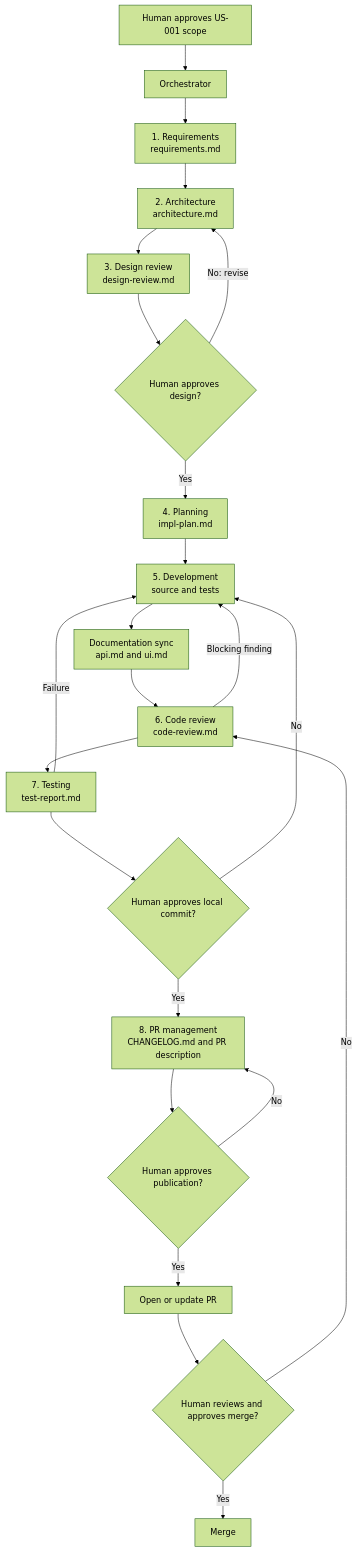
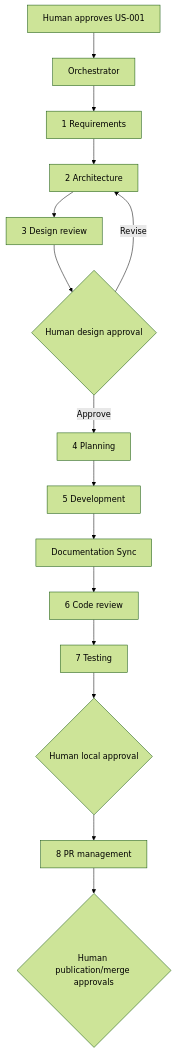
One commit to deepakkumar-r/daily-expense-tracker-automatic-doc-sync changed the second of 2 diagrams in docs/architecture.md. Above: the diagram before and after it, drawn with Mermaid (forest theme). The commit also changed other lines of this file and 44 other files, not shown here.

````diff
--- a/docs/architecture.md
+++ b/docs/architecture.md
@@ -39,26 +49,17 @@
 ```mermaid
 flowchart TD
-    H[Human approves US-001 scope]
-    H --> O[Orchestrator]
-    O --> R[1. Requirements<br/>requirements.md]
-    R --> A[2. Architecture<br/>architecture.md]
-    A --> D[3. Design review<br/>design-review.md]
-    D --> HA{Human approves design?}
-    HA -->|No: revise| A
-    HA -->|Yes| P[4. Planning<br/>impl-plan.md]
-    P --> I[5. Development<br/>source and tests]
-    I --> S[Documentation sync<br/>api.md and ui.md]
-    S --> C[6. Code review<br/>code-review.md]
-    C -->|Blocking finding| I
-    C --> T[7. Testing<br/>test-report.md]
-    T -->|Failure| I
-    T --> HP{Human approves local commit?}
-    HP -->|No| I
-    HP -->|Yes| M[8. PR management<br/>CHANGELOG.md and PR description]
-    M --> HU{Human approves publication?}
-    HU -->|No| M
-    HU -->|Yes| PR[Open or update PR]
-    PR --> HM{Human reviews and approves merge?}
-    HM -->|No| C
-    HM -->|Yes| DONE[Merge]
+    H[Human approves US-001] --> O[Orchestrator]
+    O --> R[1 Requirements]
+    R --> A[2 Architecture]
+    A --> D[3 Design review]
+    D --> G{Human design approval}
+    G -->|Revise| A
+    G -->|Approve| P[4 Planning]
+    P --> I[5 Development]
+    I --> S[Documentation Sync]
+    S --> C[6 Code review]
+    C --> T[7 Testing]
+    T --> L{Human local approval}
+    L --> M[8 PR management]
+    M --> Q{Human publication/merge approvals}
 ```
````
